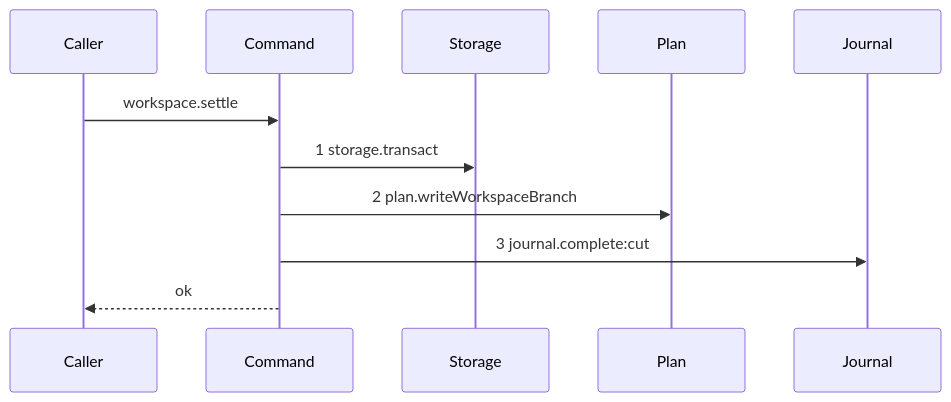
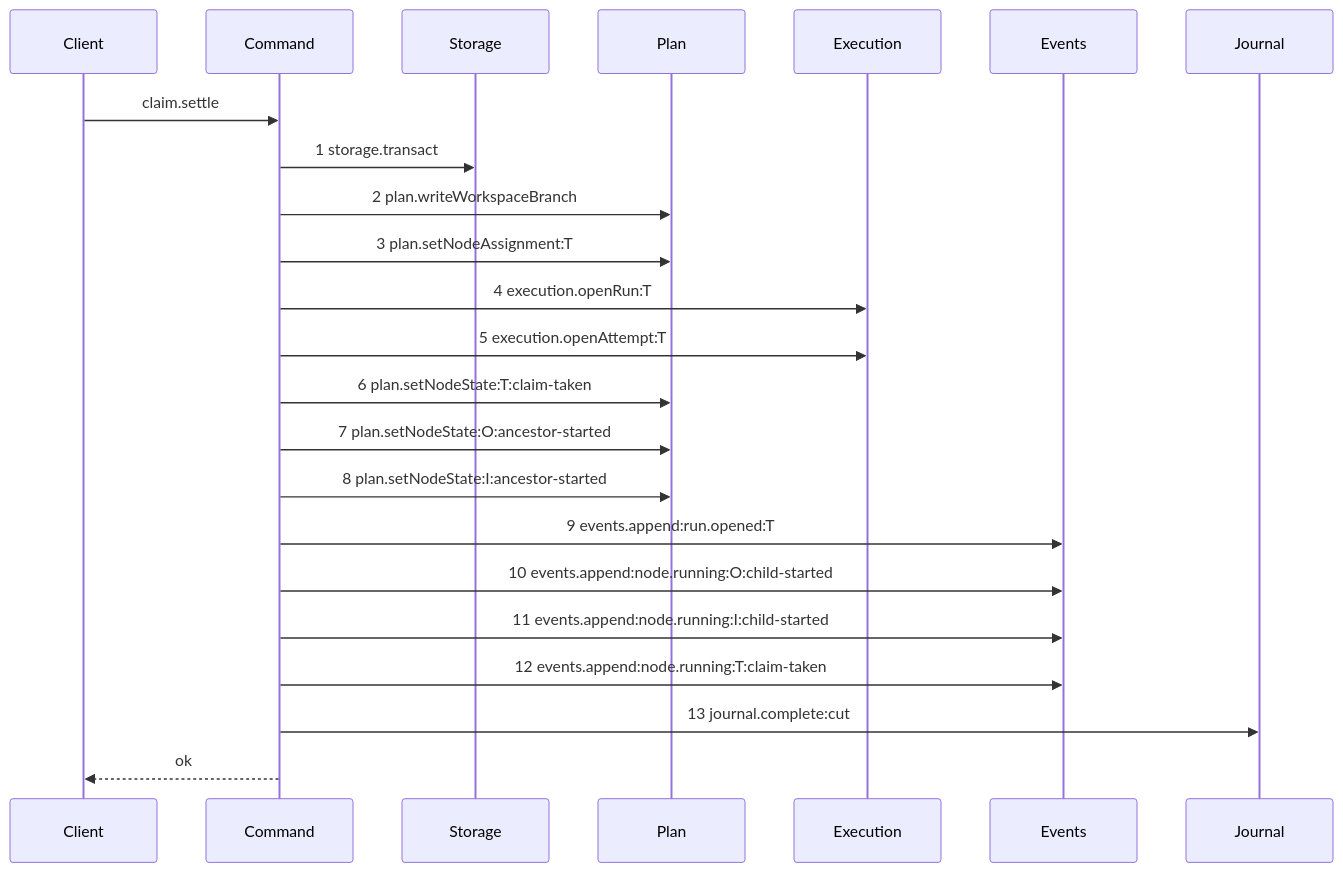
The third of 22 diagrams in .agents/plan/epics/051-the-execution-checkpoint.md (kanthorlabs/kanthord-engine), drawn with Mermaid before and after one commit. The commit also changed other lines of this file, not shown here.

````diff
--- a/.agents/plan/epics/051-the-execution-checkpoint.md
+++ b/.agents/plan/epics/051-the-execution-checkpoint.md
@@ -320,13 +353,25 @@
 ```mermaid
 sequenceDiagram
-    participant Caller
+    participant Client
     participant Command
     participant Storage
     participant Plan
+    participant Execution
+    participant Events
     participant Journal
-    Caller->>Command: workspace.settle
+    Client->>Command: claim.settle
     Command->>Storage: 1 storage.transact
     Command->>Plan: 2 plan.writeWorkspaceBranch
-    Command->>Journal: 3 journal.complete:cut
-    Command-->>Caller: ok
+    Command->>Plan: 3 plan.setNodeAssignment:T
+    Command->>Execution: 4 execution.openRun:T
+    Command->>Execution: 5 execution.openAttempt:T
+    Command->>Plan: 6 plan.setNodeState:T:claim-taken
+    Command->>Plan: 7 plan.setNodeState:O:ancestor-started
+    Command->>Plan: 8 plan.setNodeState:I:ancestor-started
+    Command->>Events: 9 events.append:run.opened:T
+    Command->>Events: 10 events.append:node.running:O:child-started
+    Command->>Events: 11 events.append:node.running:I:child-started
+    Command->>Events: 12 events.append:node.running:T:claim-taken
+    Command->>Journal: 13 journal.complete:cut
+    Command-->>Client: ok
 ```
````
